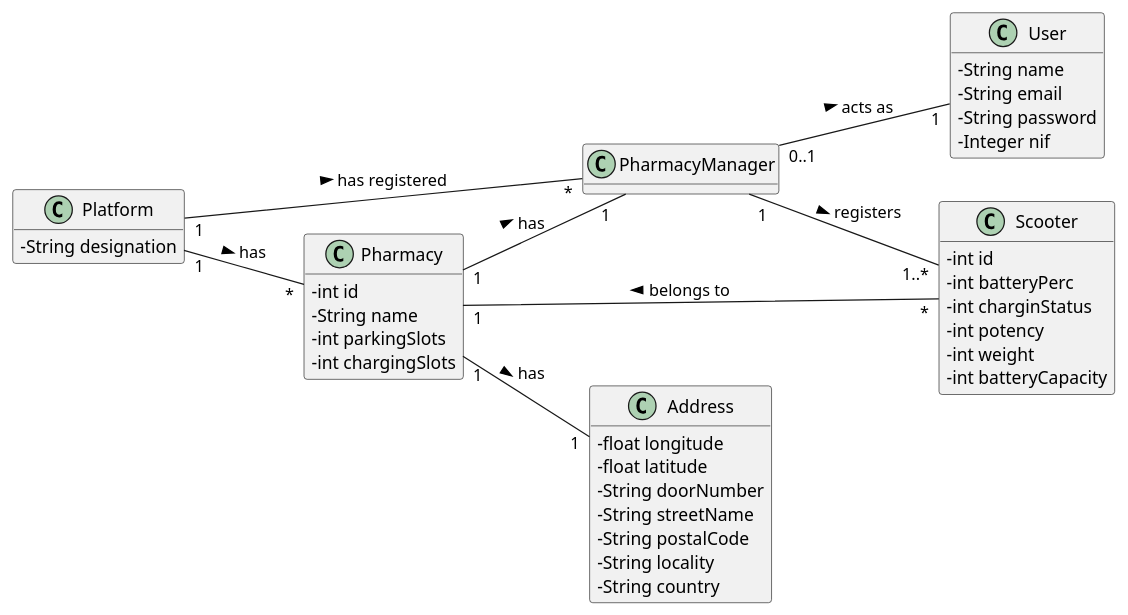
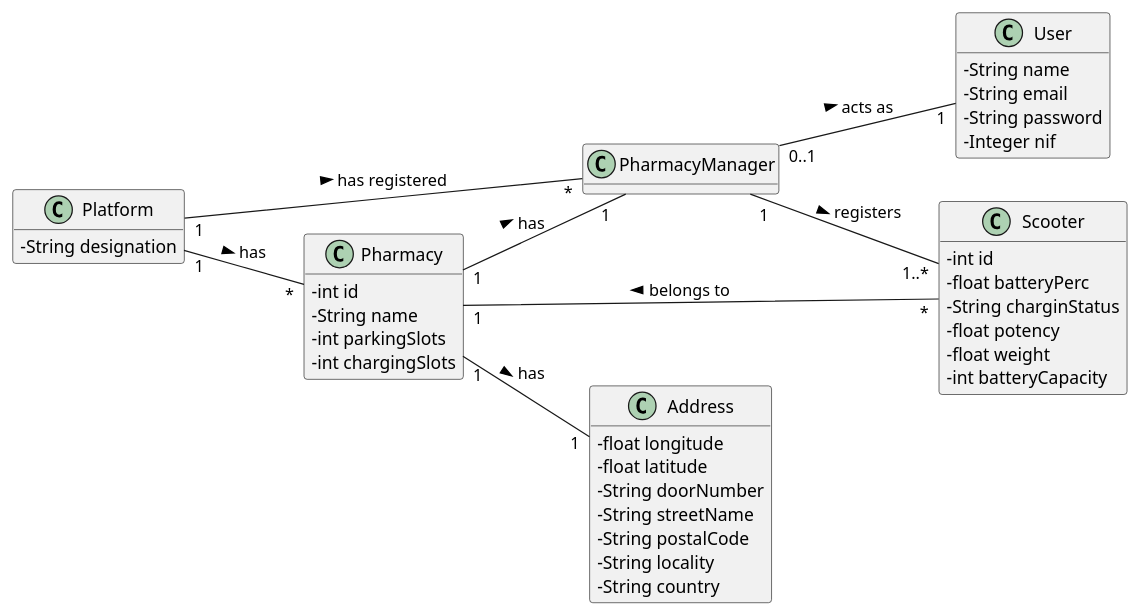
Before and after one commit to tiagoavcosta25/LAPR3: the diagram in docs/Iteration 1/Scooter Management/US32_UpdateScooter/US32_DM.puml, drawn with PlantUML. The commit also changed 20 other files, not shown here.

```diff
--- a/docs/Iteration 1/Scooter Management/US32_UpdateScooter/US32_DM.puml
+++ b/docs/Iteration 1/Scooter Management/US32_UpdateScooter/US32_DM.puml
@@ -1,55 +1,55 @@
 @startuml
 skinparam classAttributeIconSize 0
 hide methods
 left to right direction
 
 class Platform {
   -String designation
 }
 
 class Pharmacy {
   -int id
   -String name
   -int parkingSlots
   -int chargingSlots
 }
 
 class User{
 -   String name
 -   String email
 -   String password
 -   Integer nif
 }
 
 class PharmacyManager {
 }
 
 class Scooter{
   -int id
-  -int batteryPerc
-  -int charginStatus
-  -int potency
-  -int weight
+  -float batteryPerc
+  -String charginStatus
+  -float potency
+  -float weight
   -int batteryCapacity
 }
 
 class Address{
   -float longitude
   -float latitude
   -String doorNumber
   -String streetName
   -String postalCode
   -String locality
   -String country
 }
 
 
 
 Platform "1" -- "*" Pharmacy : has >
 Platform "1" -- "*" PharmacyManager : has registered >
 PharmacyManager "0..1" -- "1" User: acts as >
 PharmacyManager "1" -- "1..*" Scooter : registers >
 Pharmacy "1" -- "1" PharmacyManager : has >
 Scooter "*" -- "1" Pharmacy : belongs to >
 Pharmacy "1" -- "1" Address : has >
 @enduml
```
